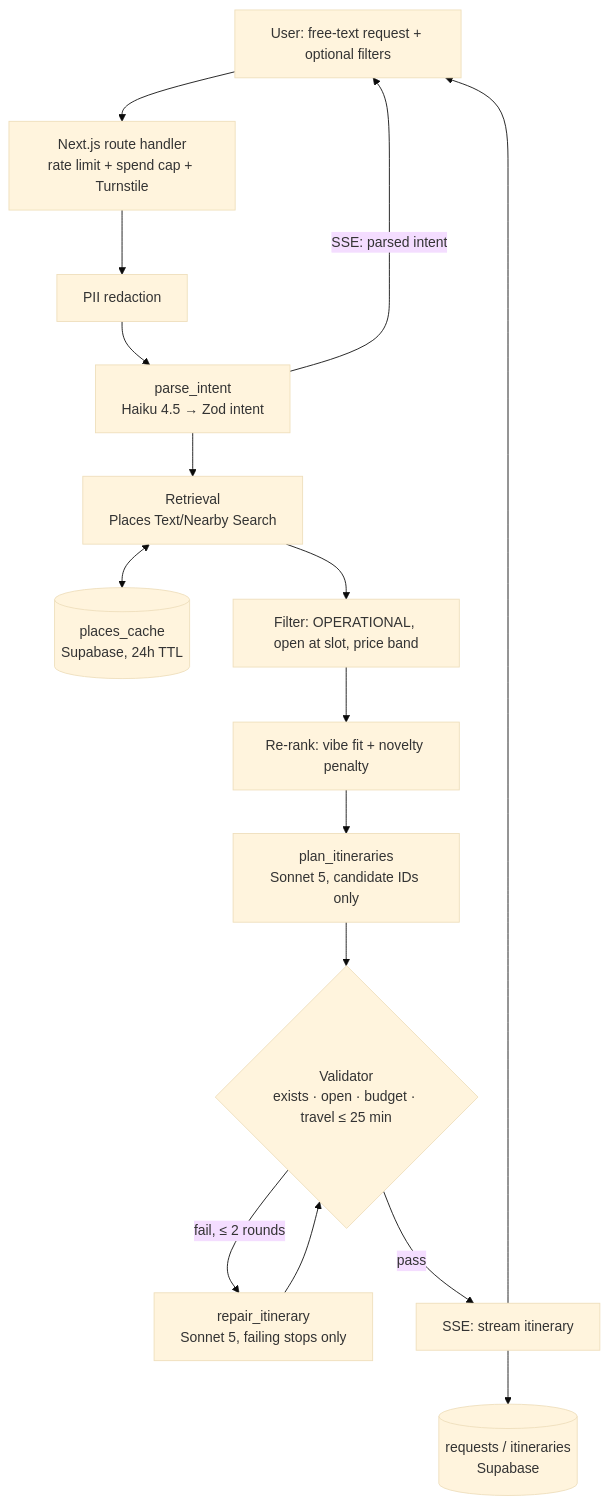
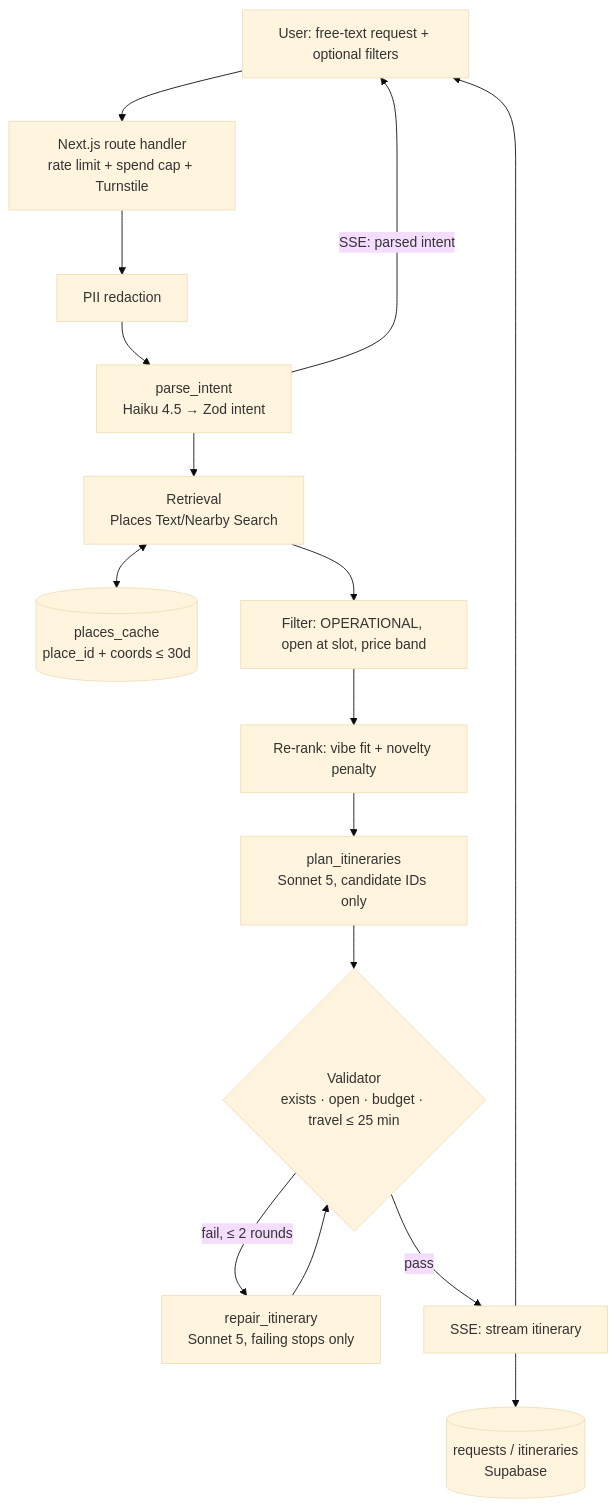
Before and after one commit to EvaUnit09/NightCap: the first of 2 diagrams in docs/architecture.md, drawn with Mermaid (base theme). The commit also changed other lines of this file and 14 other files, not shown here.

First line of the commit message:
feat: Implement Supabase database schema for Nightcap data model (#3)

````diff
--- a/docs/architecture.md
+++ b/docs/architecture.md
@@ -8,18 +8,18 @@
 ```mermaid
 flowchart TD
     U[User: free-text request + optional filters] --> API[Next.js route handler<br/>rate limit + spend cap + Turnstile]
     API --> RED[PII redaction]
     RED --> P1[parse_intent<br/>Haiku 4.5 → Zod intent]
     P1 -->|SSE: parsed intent| U
     P1 --> R[Retrieval<br/>Places Text/Nearby Search]
-    R <--> C[(places_cache<br/>Supabase, 24h TTL)]
+    R <--> C[(places_cache<br/>place_id + coords ≤ 30d)]
     R --> F[Filter: OPERATIONAL, open at slot, price band]
     F --> RR[Re-rank: vibe fit + novelty penalty]
     RR --> P2[plan_itineraries<br/>Sonnet 5, candidate IDs only]
     P2 --> V{Validator<br/>exists · open · budget · travel ≤ 25 min}
     V -->|fail, ≤ 2 rounds| P3[repair_itinerary<br/>Sonnet 5, failing stops only]
     P3 --> V
     V -->|pass| S[SSE: stream itinerary]
     S --> U
     S --> DB[(requests / itineraries<br/>Supabase)]
 ```
````
